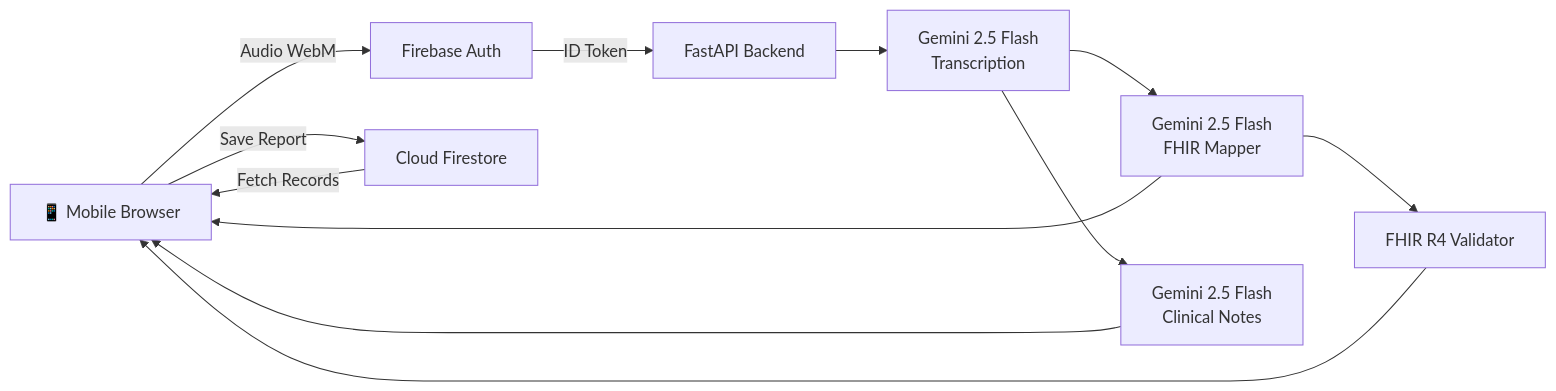
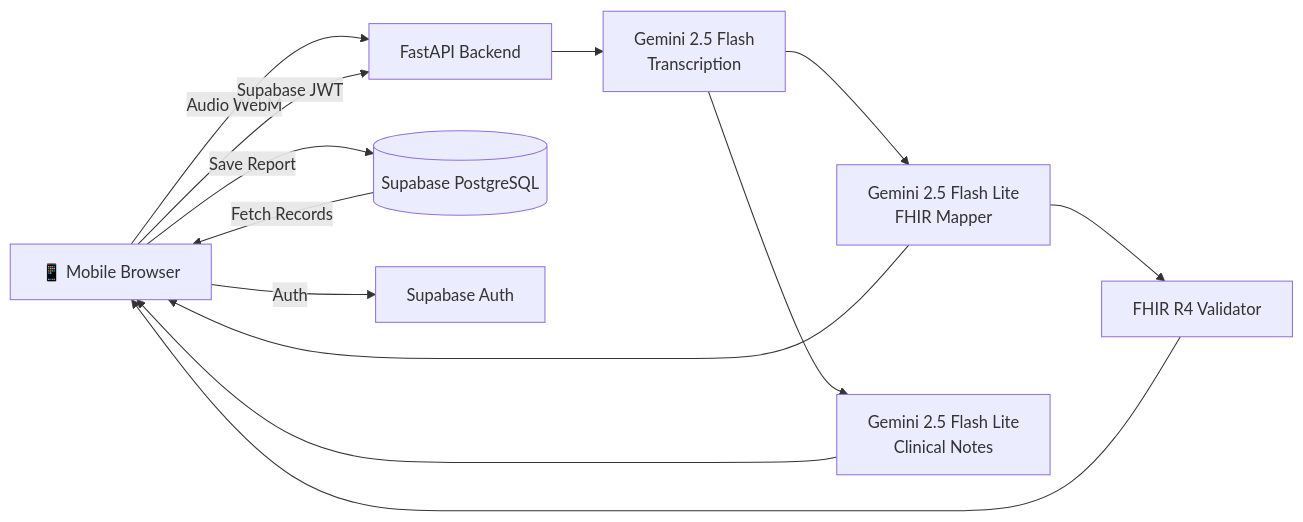
Before and after one commit to Parth7234/fhir-scribe-app: the diagram in README.md, drawn with Mermaid. The commit also changed other lines of this file, not shown here.

First line of the commit message:
docs: update README for Supabase migration, i18n, and editable reports

````diff
--- a/README.md
+++ b/README.md
@@ -66,14 +71,15 @@
 ```mermaid
 graph LR
-    A[📱 Mobile Browser] -->|Audio WebM| B[Firebase Auth]
-    B -->|ID Token| C[FastAPI Backend]
+    A[📱 Mobile Browser] -->|Audio WebM| C[FastAPI Backend]
+    A -->|Supabase JWT| C
     C --> D[Gemini 2.5 Flash<br>Transcription]
-    D --> E[Gemini 2.5 Flash<br>FHIR Mapper]
-    D --> F[Gemini 2.5 Flash<br>Clinical Notes]
+    D --> E[Gemini 2.5 Flash Lite<br>FHIR Mapper]
+    D --> F[Gemini 2.5 Flash Lite<br>Clinical Notes]
     E --> G[FHIR R4 Validator]
     E --> A
     F --> A
     G --> A
-    A -->|Save Report| H[Cloud Firestore]
+    A -->|Save Report| H[(Supabase PostgreSQL)]
     H -->|Fetch Records| A
+    A -->|Auth| I[Supabase Auth]
 ```
````
